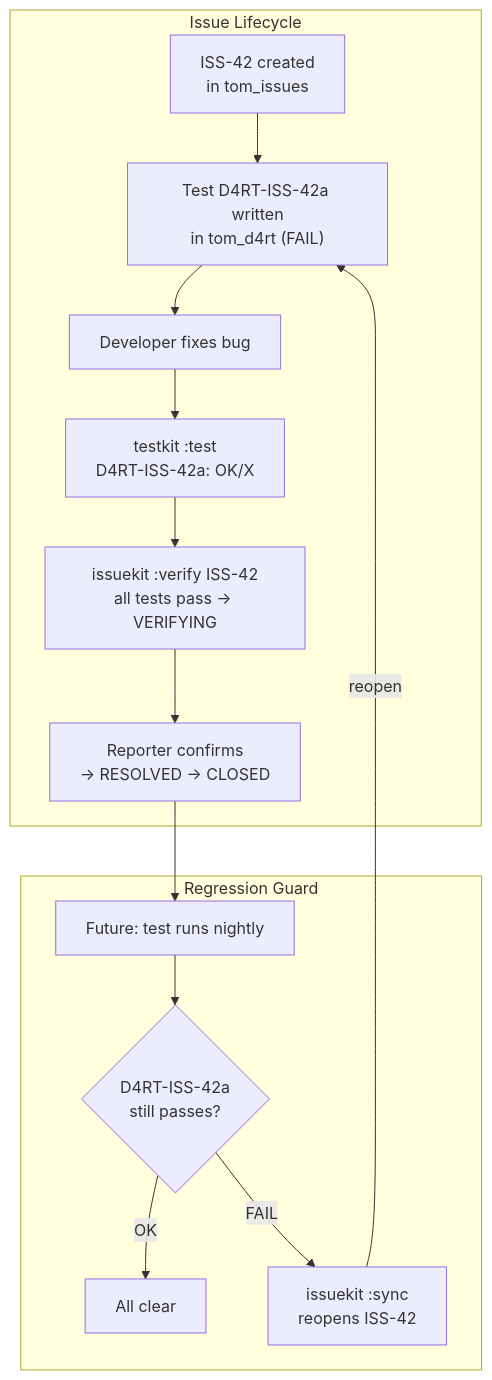
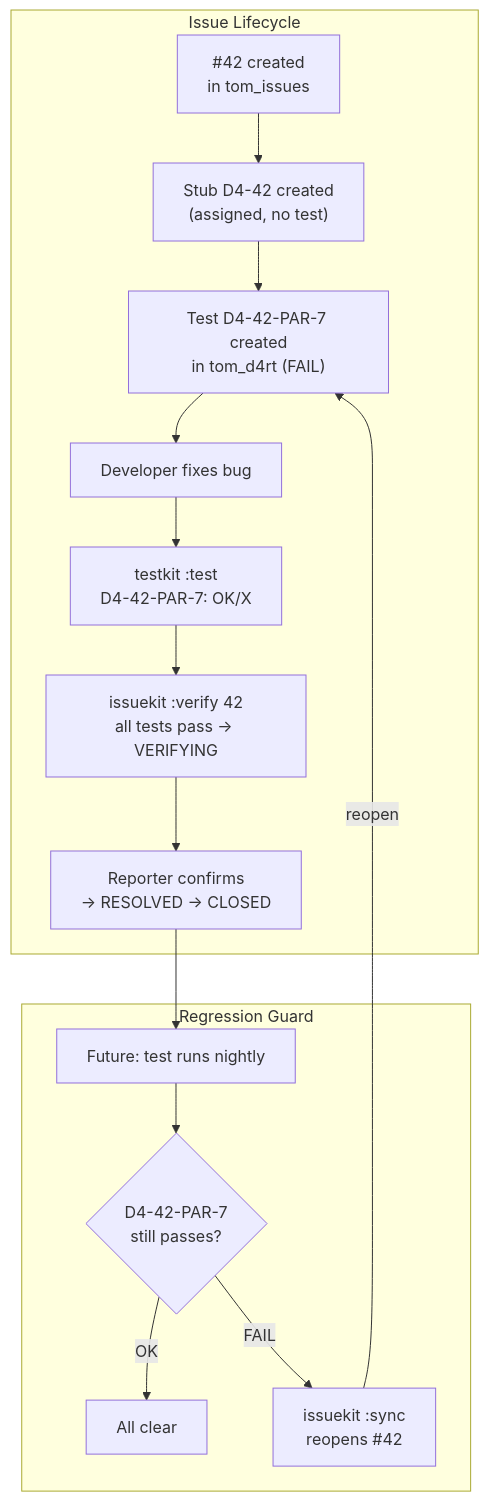
One commit to al-the-bear/tom_module_basics changed the seventh of 7 diagrams in tom_issue_kit/doc/issue_tracking.md. Above: the diagram before and after it, drawn with Mermaid. The commit also changed other lines of this file, not shown here.

Commit message:
docs: rewrite ID scheme — drop ISS- prefix, shorter project IDs, test promotion, stub detection

````diff
--- a/tom_issue_kit/doc/issue_tracking.md
+++ b/tom_issue_kit/doc/issue_tracking.md
@@ -1054,24 +1183,25 @@
 ```mermaid
 graph TB
     subgraph "Issue Lifecycle"
-        I1["ISS-42 created<br/>in tom_issues"]
-        I2["Test D4RT-ISS-42a written<br/>in tom_d4rt (FAIL)"]
-        I3["Developer fixes bug"]
-        I4["testkit :test<br/>D4RT-ISS-42a: OK/X"]
-        I5["issuekit :verify ISS-42<br/>all tests pass → VERIFYING"]
-        I6["Reporter confirms<br/>→ RESOLVED → CLOSED"]
+        I1["#42 created<br/>in tom_issues"]
+        I2["Stub D4-42 created<br/>(assigned, no test)"]
+        I3["Test D4-42-PAR-7 created<br/>in tom_d4rt (FAIL)"]
+        I4["Developer fixes bug"]
+        I5["testkit :test<br/>D4-42-PAR-7: OK/X"]
+        I6["issuekit :verify 42<br/>all tests pass → VERIFYING"]
+        I7["Reporter confirms<br/>→ RESOLVED → CLOSED"]
     end
 
     subgraph "Regression Guard"
         R1["Future: test runs nightly"]
-        R2{"D4RT-ISS-42a<br/>still passes?"}
+        R2{"D4-42-PAR-7<br/>still passes?"}
         R3["All clear"]
-        R4["issuekit :sync<br/>reopens ISS-42"]
+        R4["issuekit :sync<br/>reopens #42"]
     end
 
-    I1 --> I2 --> I3 --> I4 --> I5 --> I6
-    I6 --> R1 --> R2
+    I1 --> I2 --> I3 --> I4 --> I5 --> I6 --> I7
+    I7 --> R1 --> R2
     R2 -->|"OK"| R3
     R2 -->|"FAIL"| R4
-    R4 -->|"reopen"| I2
+    R4 -->|"reopen"| I3
 ```
````
